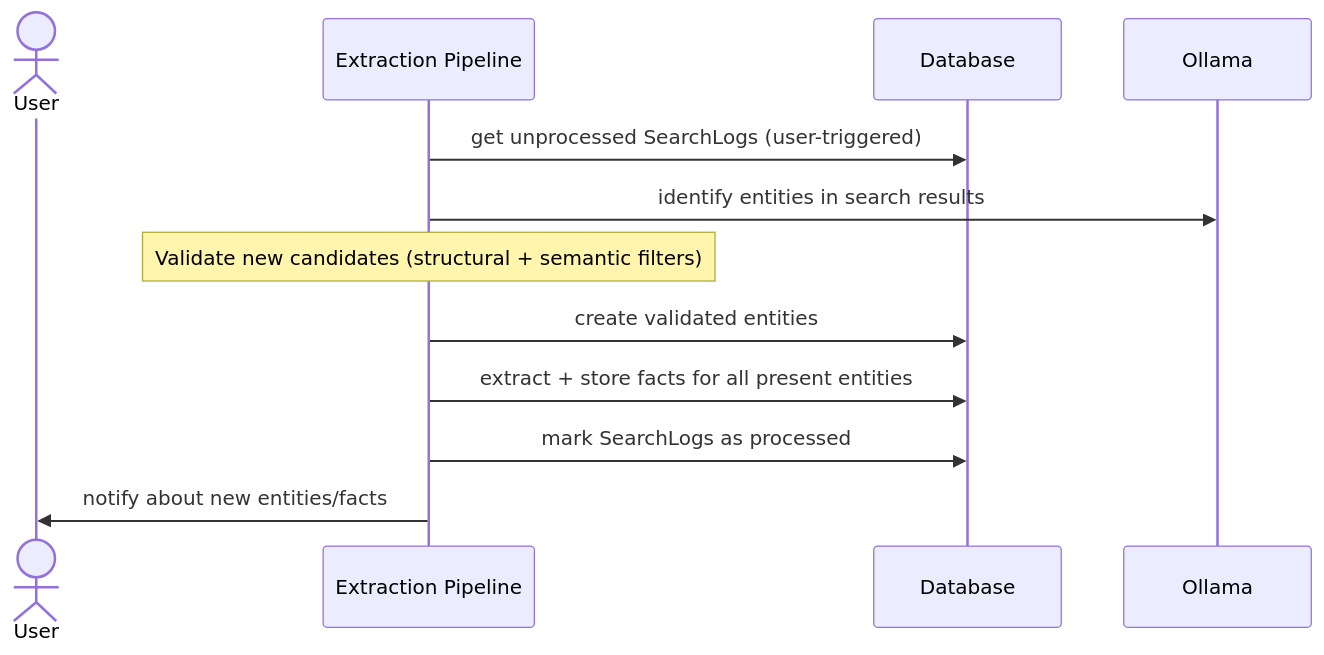
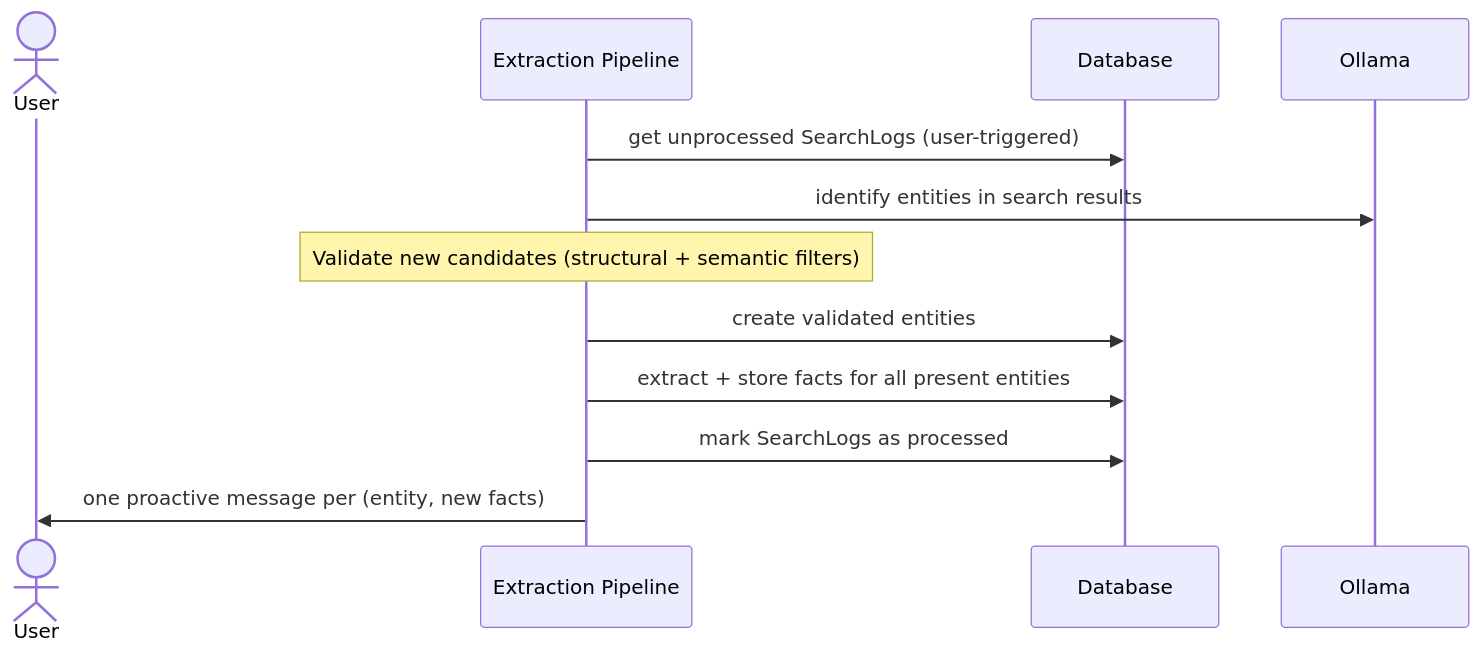
Before and after one commit to jaredlockhart/penny: the fourth of 11 diagrams in docs/knowledge-system-flows.md, drawn with Mermaid. The commit also changed other lines of this file and 1 other file, not shown here.

Commit message:
docs: per-entity notifications instead of batched
One proactive message per (entity, new facts) pair from extraction.

````diff
--- a/docs/knowledge-system-flows.md
+++ b/docs/knowledge-system-flows.md
@@ -50,15 +50,15 @@
 ```mermaid
 sequenceDiagram
     actor User
     participant Extract as Extraction Pipeline
     participant DB as Database
     participant LLM as Ollama
 
     Extract->>DB: get unprocessed SearchLogs (user-triggered)
     Extract->>LLM: identify entities in search results
     Note over Extract: Validate new candidates (structural + semantic filters)
     Extract->>DB: create validated entities
     Extract->>DB: extract + store facts for all present entities
     Extract->>DB: mark SearchLogs as processed
-    Extract->>User: notify about new entities/facts
+    Extract->>User: one proactive message per (entity, new facts)
 ```
````
